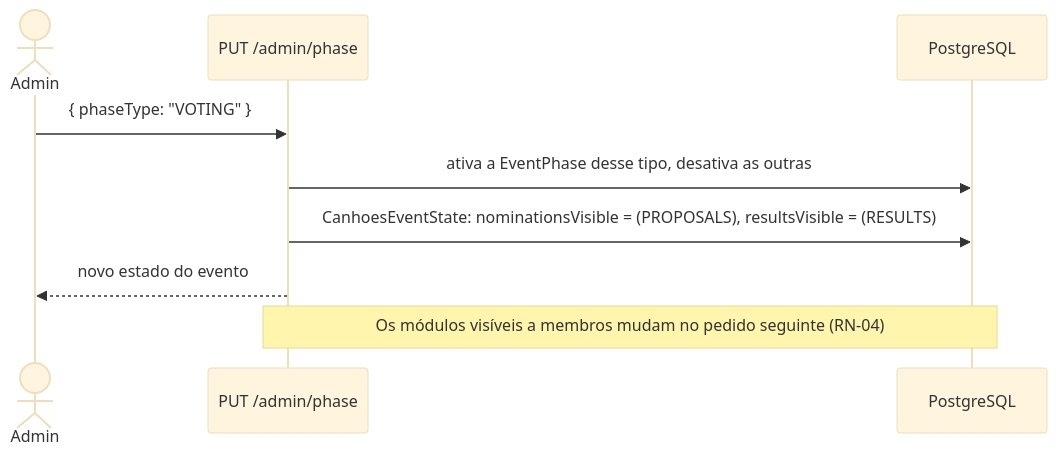
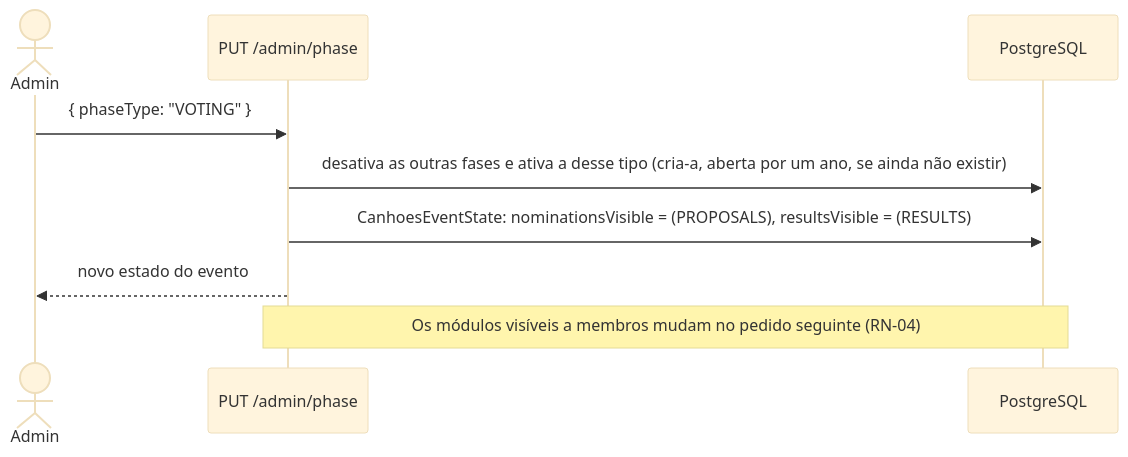
One commit to joaopachecowork1/Canhoes changed the third of 7 diagrams in docs/05-fluxos.md. Above: the diagram before and after it, drawn with Mermaid (base theme). The commit also changed other lines of this file and 8 other files, not shown here.

````diff
--- a/docs/05-fluxos.md
+++ b/docs/05-fluxos.md
@@ -59,12 +59,12 @@
 ```mermaid
 sequenceDiagram
   actor Admin
   participant API as PUT /admin/phase
   participant DB as PostgreSQL
 
   Admin->>API: { phaseType: "VOTING" }
-  API->>DB: ativa a EventPhase desse tipo, desativa as outras
+  API->>DB: desativa as outras fases e ativa a desse tipo (cria-a, aberta por um ano, se ainda não existir)
   API->>DB: CanhoesEventState: nominationsVisible = (PROPOSALS), resultsVisible = (RESULTS)
   API-->>Admin: novo estado do evento
   Note over API,DB: Os módulos visíveis a membros mudam no pedido seguinte (RN-04)
 ```
````
